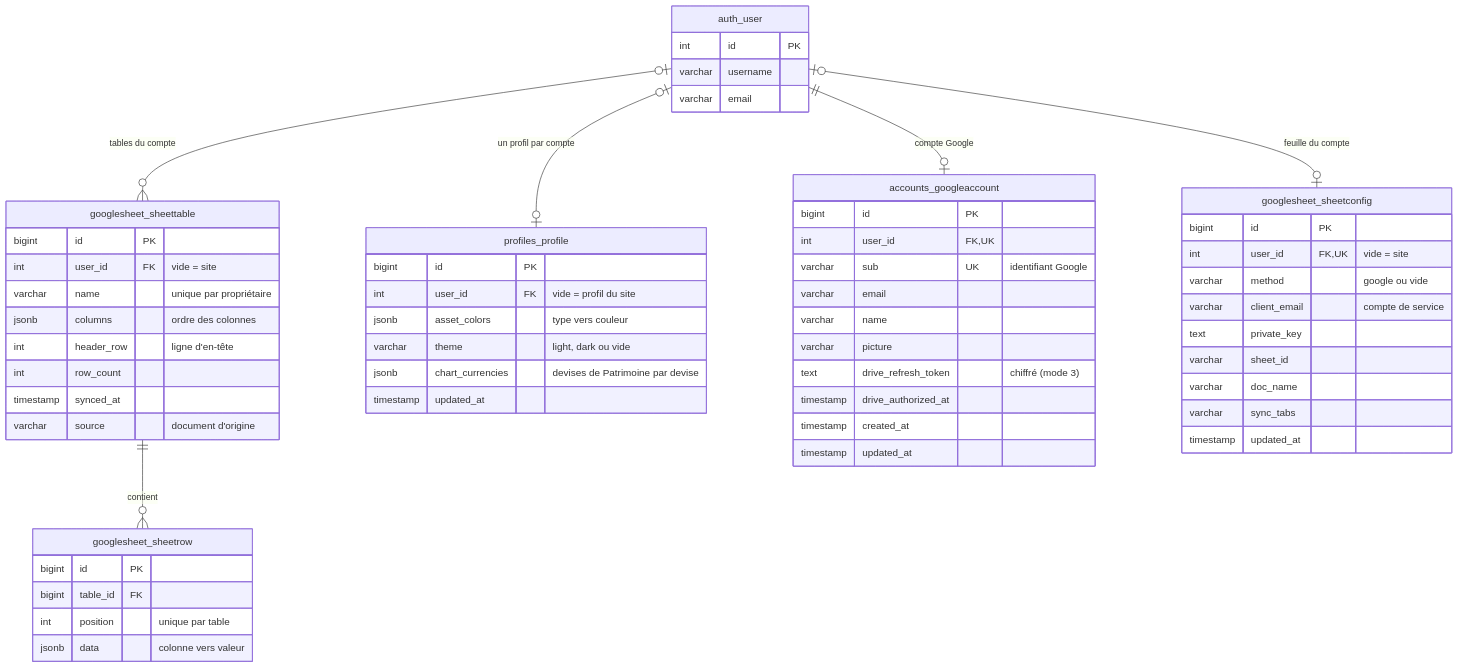
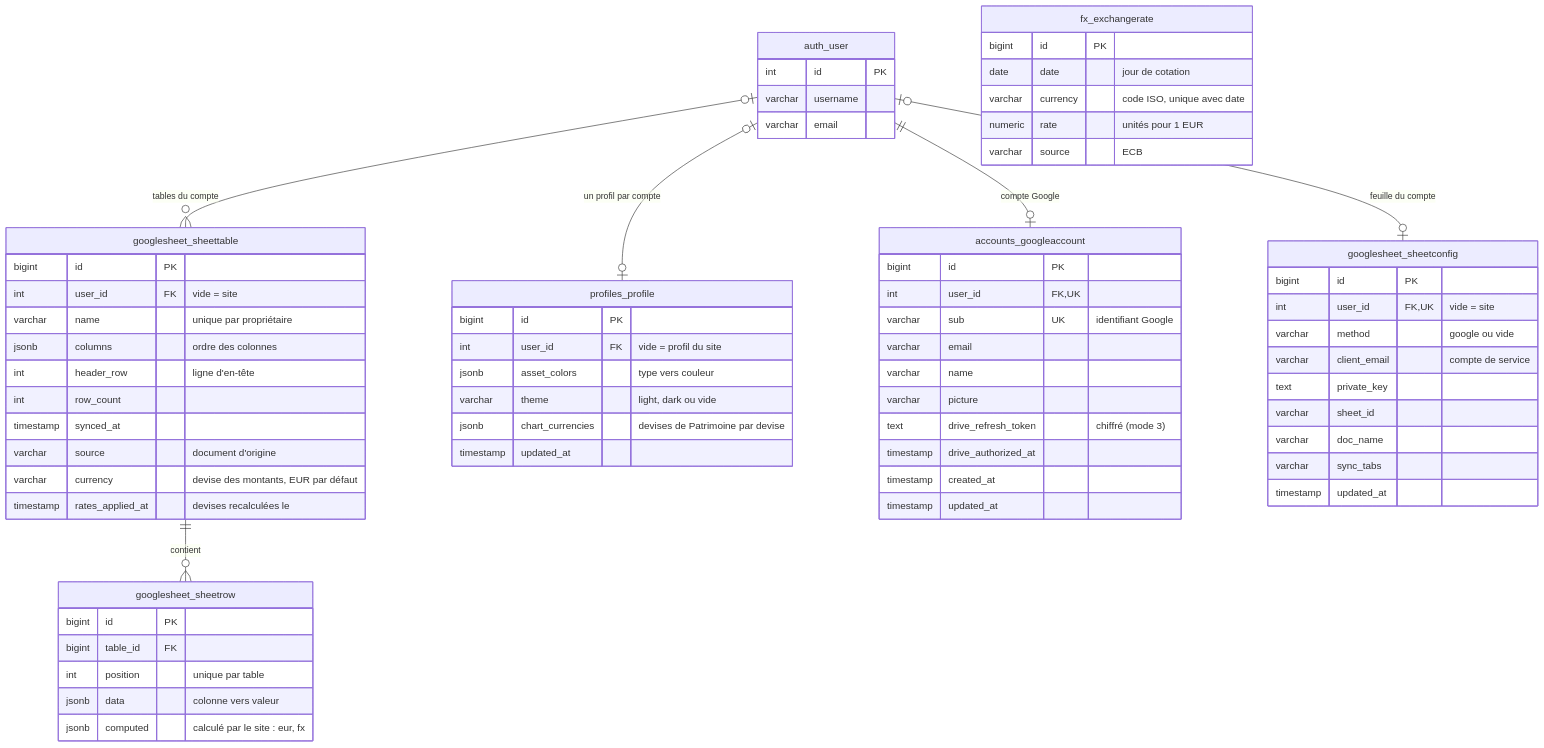
One commit to Sleaum/vibe_overfolio changed the diagram in README.md. Above: the diagram before and after it, drawn with Mermaid. The commit also changed other lines of this file and 30 other files, not shown here.

````diff
--- a/README.md
+++ b/README.md
@@ -489,60 +498,70 @@
 ```mermaid
 erDiagram
   googlesheet_sheettable ||--o{ googlesheet_sheetrow : "contient"
   auth_user |o--o| profiles_profile : "un profil par compte"
   auth_user ||--o| accounts_googleaccount : "compte Google"
   auth_user |o--o{ googlesheet_sheettable : "tables du compte"
   auth_user |o--o| googlesheet_sheetconfig : "feuille du compte"
   googlesheet_sheettable {
     bigint id PK
     int user_id FK "vide = site"
     varchar name "unique par propriétaire"
     jsonb columns "ordre des colonnes"
     int header_row "ligne d'en-tête"
     int row_count
     timestamp synced_at
     varchar source "document d'origine"
+    varchar currency "devise des montants, EUR par défaut"
+    timestamp rates_applied_at "devises recalculées le"
   }
   googlesheet_sheetrow {
     bigint id PK
     bigint table_id FK
     int position "unique par table"
     jsonb data "colonne vers valeur"
+    jsonb computed "calculé par le site : eur, fx"
   }
   googlesheet_sheetconfig {
     bigint id PK
     int user_id FK, UK "vide = site"
     varchar method "google ou vide"
     varchar client_email "compte de service"
     text private_key
     varchar sheet_id
     varchar doc_name
     varchar sync_tabs
     timestamp updated_at
   }
   profiles_profile {
     bigint id PK
     int user_id FK "vide = profil du site"
     jsonb asset_colors "type vers couleur"
     varchar theme "light, dark ou vide"
     jsonb chart_currencies "devises de Patrimoine par devise"
     timestamp updated_at
   }
   accounts_googleaccount {
     bigint id PK
     int user_id FK, UK
     varchar sub UK "identifiant Google"
     varchar email
     varchar name
     varchar picture
     text drive_refresh_token "chiffré (mode 3)"
     timestamp drive_authorized_at
     timestamp created_at
     timestamp updated_at
   }
+  fx_exchangerate {
+    bigint id PK
+    date date "jour de cotation"
+    varchar currency "code ISO, unique avec date"
+    numeric rate "unités pour 1 EUR"
+    varchar source "ECB"
+  }
   auth_user {
     int id PK
     varchar username
     varchar email
   }
 ```
````
